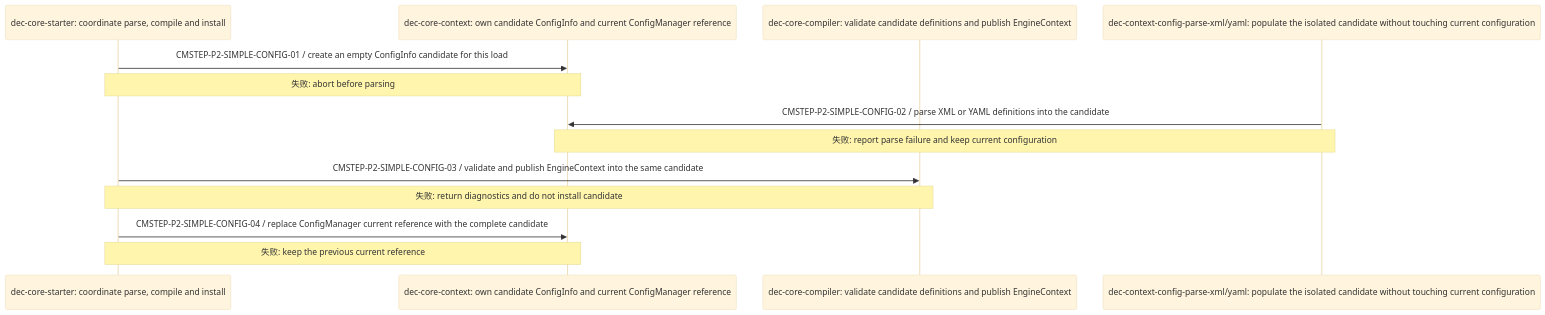
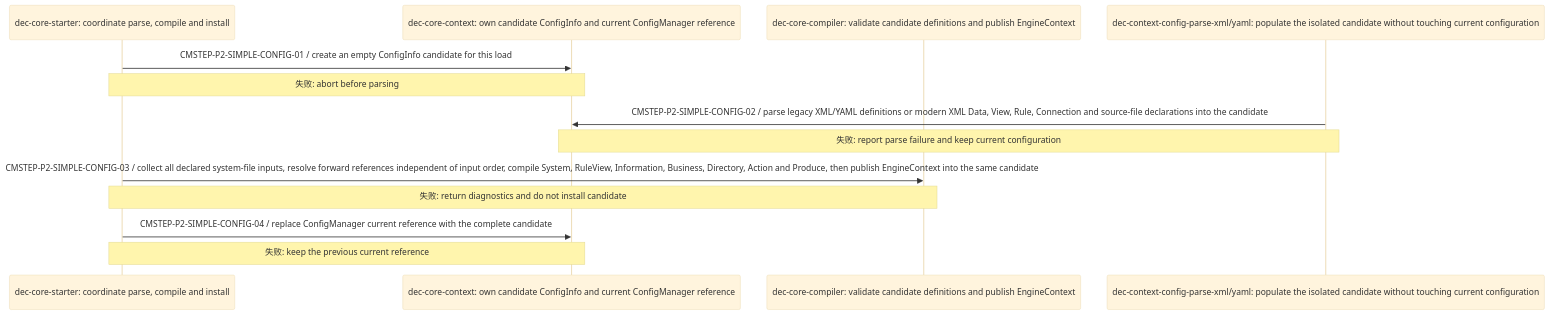
One commit to szlwin/doc-eq-code-Dgremlin changed the fourth of 5 diagrams in project_doc/version/V_1.0/doc/COMPILER/generated/COMPILER_dependency_impact_preview.md. Above: the diagram before and after it, drawn with Mermaid (base theme). The commit also changed other lines of this file and 81 other files, not shown here.

````diff
--- a/project_doc/version/V_1.0/doc/COMPILER/generated/COMPILER_dependency_impact_preview.md
+++ b/project_doc/version/V_1.0/doc/COMPILER/generated/COMPILER_dependency_impact_preview.md
@@ -133,15 +133,15 @@
 ```mermaid
 sequenceDiagram
   participant P_26810ce410 as dec-core-starter: coordinate parse, compile and install
   participant P_e853510b3d as dec-core-context: own candidate ConfigInfo and current ConfigManager reference
   participant P_ba56892e1e as dec-core-compiler: validate candidate definitions and publish EngineContext
   participant P_7dc7996397 as dec-context-config-parse-xml/yaml: populate the isolated candidate without touching current configuration
   P_26810ce410->>P_e853510b3d: CMSTEP-P2-SIMPLE-CONFIG-01 / create an empty ConfigInfo candidate for this load
   Note over P_26810ce410,P_e853510b3d: 失败: abort before parsing
-  P_7dc7996397->>P_e853510b3d: CMSTEP-P2-SIMPLE-CONFIG-02 / parse XML or YAML definitions into the candidate
+  P_7dc7996397->>P_e853510b3d: CMSTEP-P2-SIMPLE-CONFIG-02 / parse legacy XML/YAML definitions or modern XML Data, View, Rule, Connection and source-file declarations into the candidate
   Note over P_7dc7996397,P_e853510b3d: 失败: report parse failure and keep current configuration
-  P_26810ce410->>P_ba56892e1e: CMSTEP-P2-SIMPLE-CONFIG-03 / validate and publish EngineContext into the same candidate
+  P_26810ce410->>P_ba56892e1e: CMSTEP-P2-SIMPLE-CONFIG-03 / collect all declared system-file inputs, resolve forward references independent of input order, compile System, RuleView, Information, Business, Directory, Action and Produce, then publish EngineContext into the same candidate
   Note over P_26810ce410,P_ba56892e1e: 失败: return diagnostics and do not install candidate
   P_26810ce410->>P_e853510b3d: CMSTEP-P2-SIMPLE-CONFIG-04 / replace ConfigManager current reference with the complete candidate
   Note over P_26810ce410,P_e853510b3d: 失败: keep the previous current reference
 ```
````
